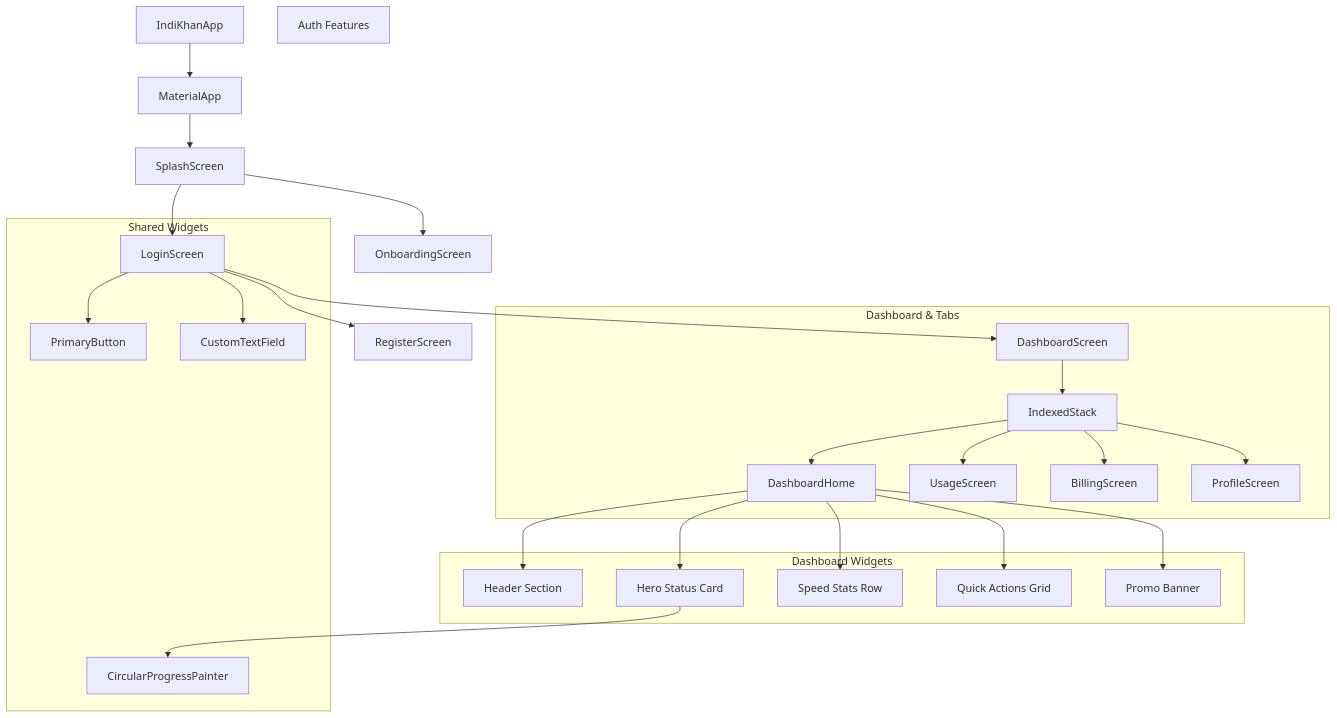
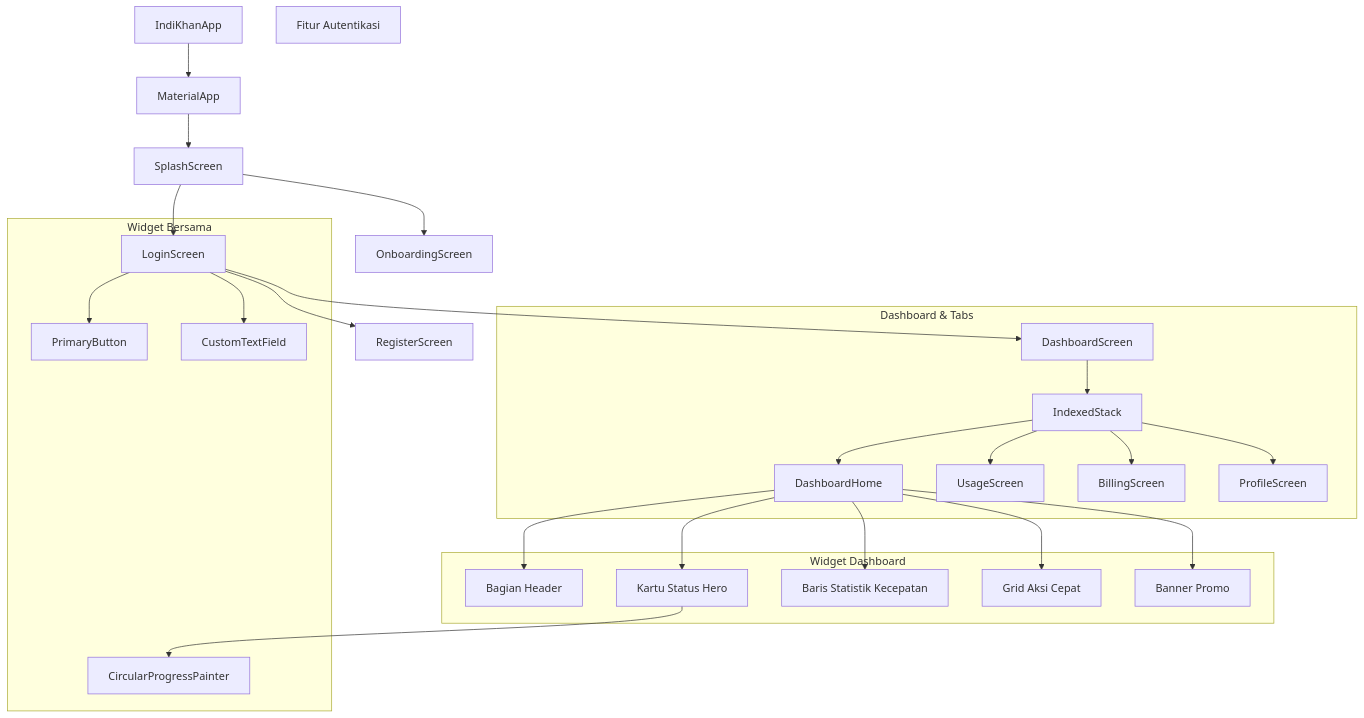
One commit to riskhan3/riskhan changed the third of 3 diagrams in README.md. Above: the diagram before and after it, drawn with Mermaid. The commit also changed other lines of this file, not shown here.

````diff
--- a/README.md
+++ b/README.md
@@ -86,33 +86,33 @@
 ```mermaid
 graph TD
     App[IndiKhanApp] --> MaterialApp
     MaterialApp --> Splash[SplashScreen]
     
-    auth[Auth Features]
+    auth[Fitur Autentikasi]
     Splash --> Login[LoginScreen]
     Splash --> Onboard[OnboardingScreen]
     Login --> Register[RegisterScreen]
     Login --> Dashboard[DashboardScreen]
     
     subgraph "Dashboard & Tabs"
         Dashboard --> IndexedStack
         IndexedStack --> DashHome[DashboardHome]
         IndexedStack --> Usage[UsageScreen]
         IndexedStack --> Billing[BillingScreen]
         IndexedStack --> Profile[ProfileScreen]
     end
     
-    subgraph "Dashboard Widgets"
-        DashHome --> Header[Header Section]
-        DashHome --> HeroCard[Hero Status Card]
-        DashHome --> Speed[Speed Stats Row]
-        DashHome --> Actions[Quick Actions Grid]
-        DashHome --> Banner[Promo Banner]
+    subgraph "Widget Dashboard"
+        DashHome --> Header[Bagian Header]
+        DashHome --> HeroCard[Kartu Status Hero]
+        DashHome --> Speed[Baris Statistik Kecepatan]
+        DashHome --> Actions[Grid Aksi Cepat]
+        DashHome --> Banner[Banner Promo]
     end
     
-    subgraph "Shared Widgets"
+    subgraph "Widget Bersama"
         Login --> CustomButton[PrimaryButton]
         Login --> CustomInput[CustomTextField]
         HeroCard --> Progress[CircularProgressPainter]
     end
 ```
````
